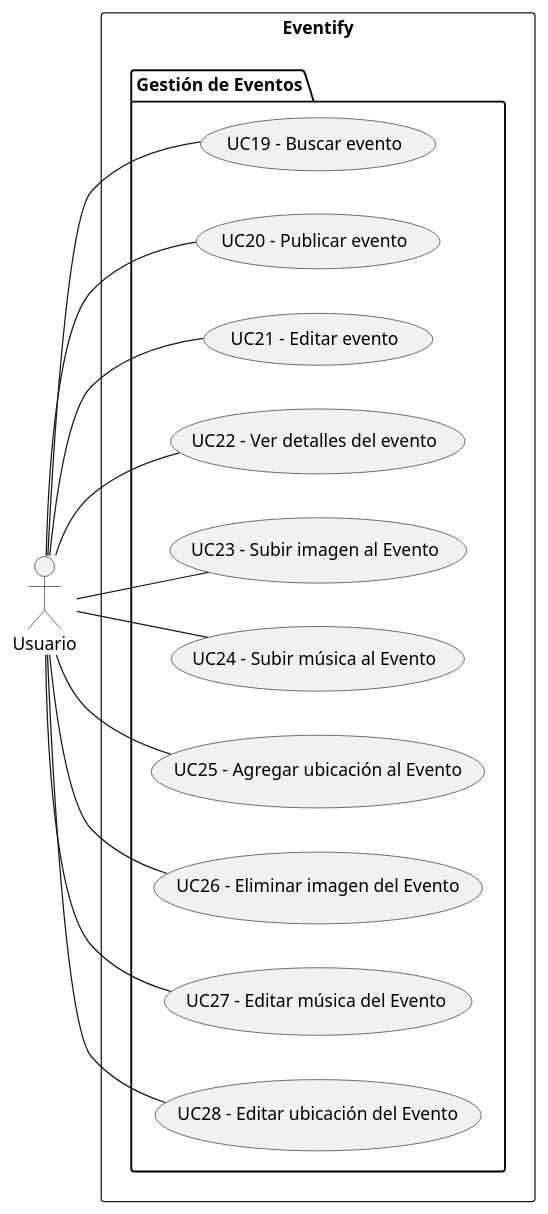
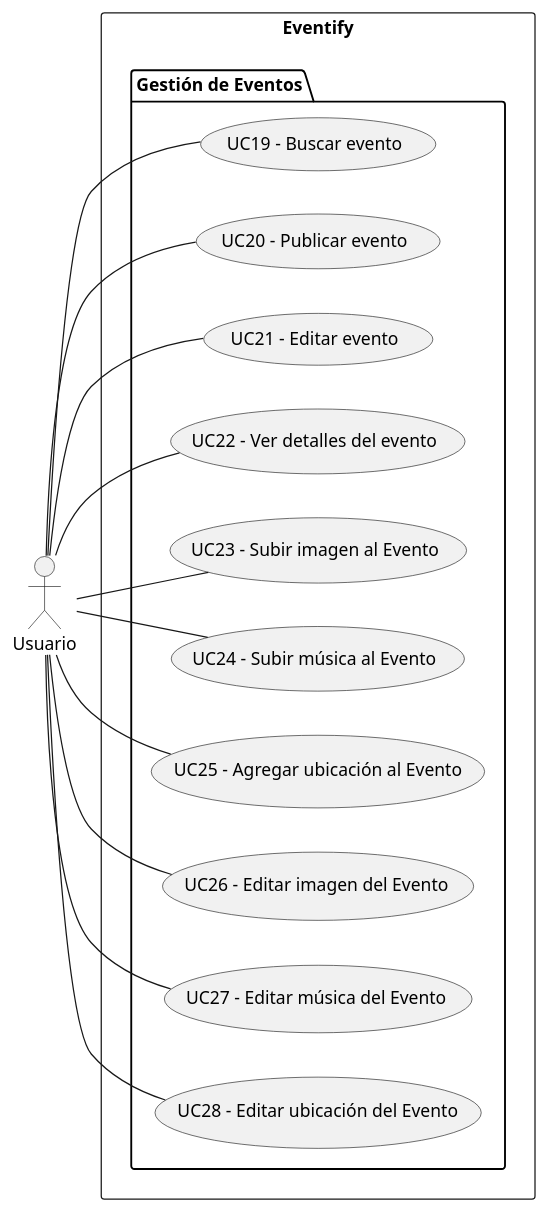
One commit to valeraruggierotesisucv/tesis-frameworks-mobile-diagrams changed the diagram in Requisitos/Casos de Uso/UseCaseDiagramEventsManagement.plantuml. Above: the diagram before and after it, drawn with PlantUML. The commit also changed 4 other files, not shown here.

Commit message:
Correcciones de UC-Eliminar Imagen a UC-Editar Imagen

```diff
--- a/Requisitos/Casos de Uso/UseCaseDiagramEventsManagement.plantuml
+++ b/Requisitos/Casos de Uso/UseCaseDiagramEventsManagement.plantuml
@@ -1,29 +1,29 @@
 @startuml UseCaseDiagramEventsManagement
     left to right direction
     actor "Usuario" as usuario
     rectangle "Eventify" {
         package "Gestión de Eventos" {
             usecase "UC19 - Buscar evento" as buscarEvento
             usecase "UC20 - Publicar evento" as publicarEvento
             usecase "UC21 - Editar evento" as editarEvento
             usecase "UC22 - Ver detalles del evento" as verDetallesEvento
             usecase "UC23 - Subir imagen al Evento" as subirImagenEvento
             usecase "UC24 - Subir música al Evento" as subirMusicaEvento
             usecase "UC25 - Agregar ubicación al Evento" as agregarUbicacionEvento
-            usecase "UC26 - Eliminar imagen del Evento" as eliminarImagenEvento
+            usecase "UC26 - Editar imagen del Evento" as eliminarImagenEvento
             usecase "UC27 - Editar música del Evento" as editarMusicaEvento
             usecase "UC28 - Editar ubicación del Evento" as editarUbicacionEvento
         }
     }
 
     usuario -- buscarEvento
     usuario -- publicarEvento
     usuario -- editarEvento
     usuario -- verDetallesEvento
     usuario -- subirImagenEvento
     usuario -- subirMusicaEvento
     usuario -- agregarUbicacionEvento
     usuario -- eliminarImagenEvento
     usuario -- editarMusicaEvento
     usuario -- editarUbicacionEvento
 @enduml
```
